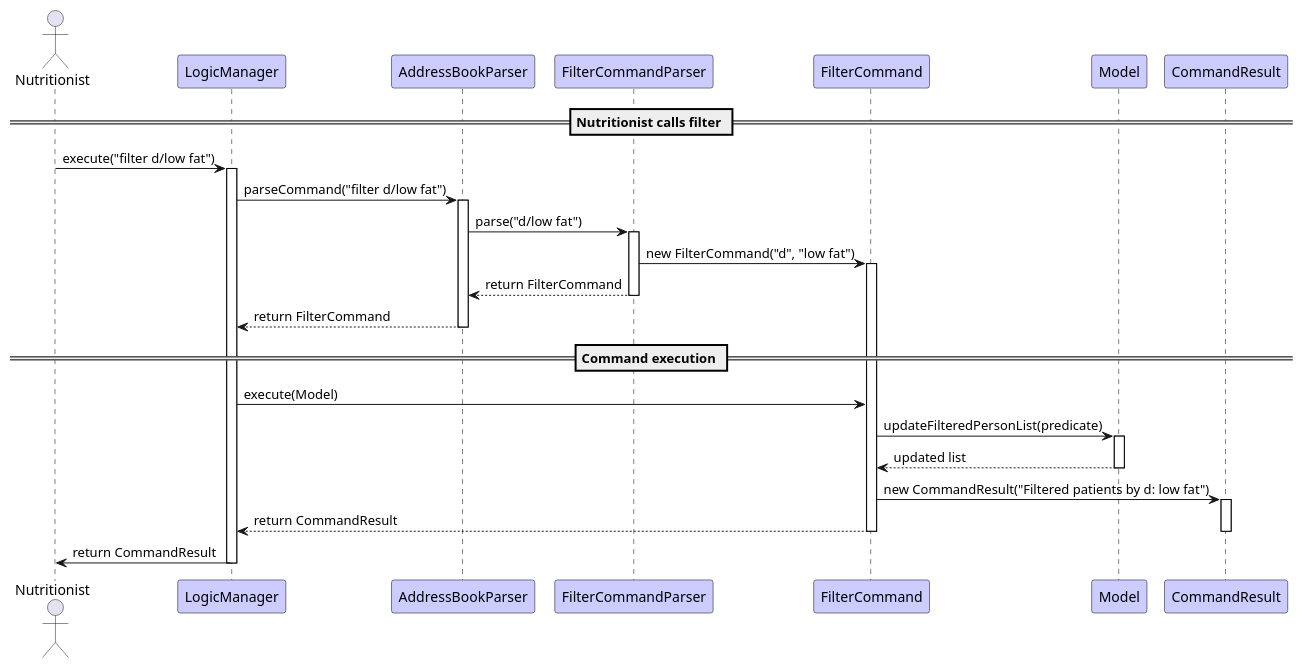
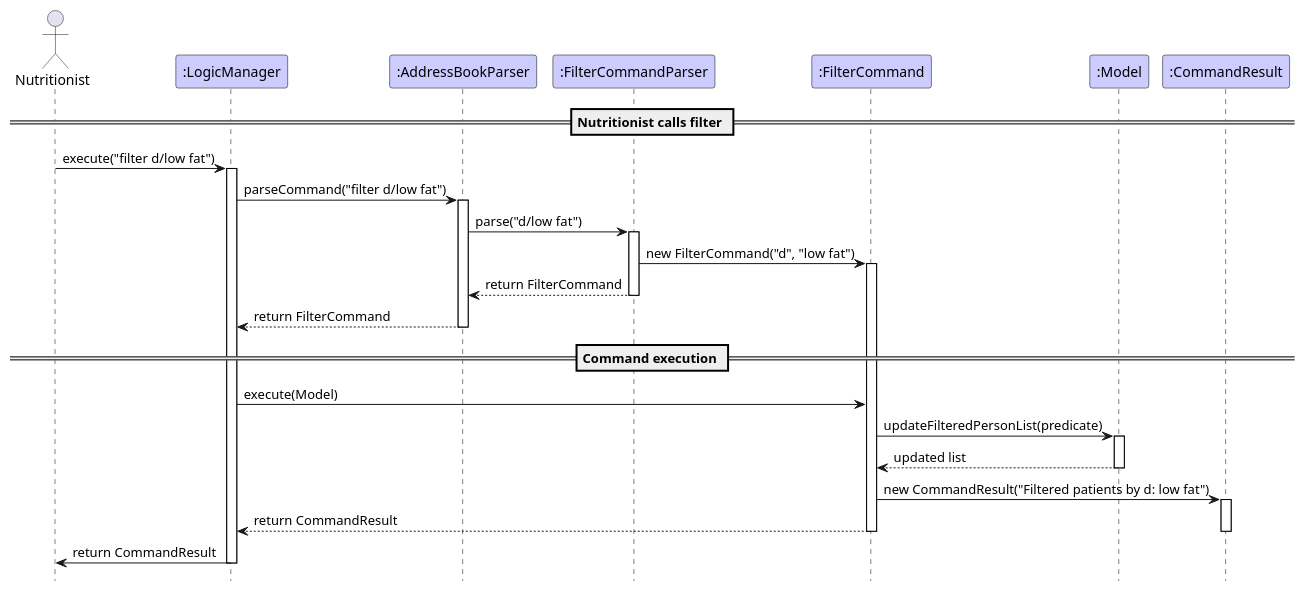
The diagram in diagrams/FilterCommandSequenceDiagram.puml (NoahKoh/tp), drawn with PlantUML before and after one commit. The commit also changed 38 other files, not shown here.

```diff
--- a/diagrams/FilterCommandSequenceDiagram.puml
+++ b/diagrams/FilterCommandSequenceDiagram.puml
@@ -1,57 +1,59 @@
 @startuml
 skinparam participantStyle rectangle
 skinparam shadowing false
 skinparam sequence {
     lifeLineBorderColor #000000
     lifeLineBackgroundColor #FFFFFF
       participantBorderColor #000000
       participantBackgroundColor #CCCCFF
       boxBorderColor #999999
       boxBackgroundColor #DDDDFF
       activateBackgroundColor #9999FF
       activateBorderColor #333399
 }
 
 actor Nutritionist
-participant LogicManager
-participant AddressBookParser
-participant FilterCommandParser
-participant FilterCommand
-participant Model
-participant CommandResult
+participant ":LogicManager" as LogicManager
+participant ":AddressBookParser" as AddressBookParser
+participant ":FilterCommandParser" as FilterCommandParser
+participant ":FilterCommand" as FilterCommand
+participant ":Model" as Model
+participant ":CommandResult" as CommandResult
 
 == Nutritionist calls filter ==
 Nutritionist -> LogicManager : execute("filter d/low fat")
 activate LogicManager
 
 LogicManager -> AddressBookParser : parseCommand("filter d/low fat")
 activate AddressBookParser
 
 AddressBookParser -> FilterCommandParser : parse("d/low fat")
 activate FilterCommandParser
 
 FilterCommandParser -> FilterCommand : new FilterCommand("d", "low fat")
 activate FilterCommand
 
 FilterCommandParser --> AddressBookParser : return FilterCommand
 deactivate FilterCommandParser
 
 AddressBookParser --> LogicManager : return FilterCommand
 deactivate AddressBookParser
 
 == Command execution ==
 LogicManager -> FilterCommand : execute(Model)
 FilterCommand -> Model : updateFilteredPersonList(predicate)
 activate Model
 Model --> FilterCommand : updated list
 deactivate Model
 
 FilterCommand -> CommandResult : new CommandResult("Filtered patients by d: low fat")
 activate CommandResult
 FilterCommand --> LogicManager : return CommandResult
 deactivate CommandResult
 deactivate FilterCommand
 
 LogicManager -> Nutritionist : return CommandResult
 deactivate LogicManager
+
+hide footbox
 @enduml
```
